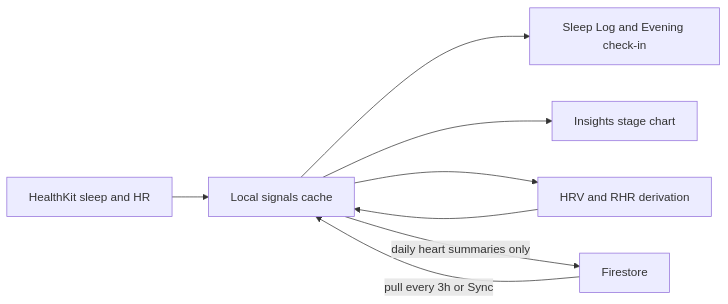
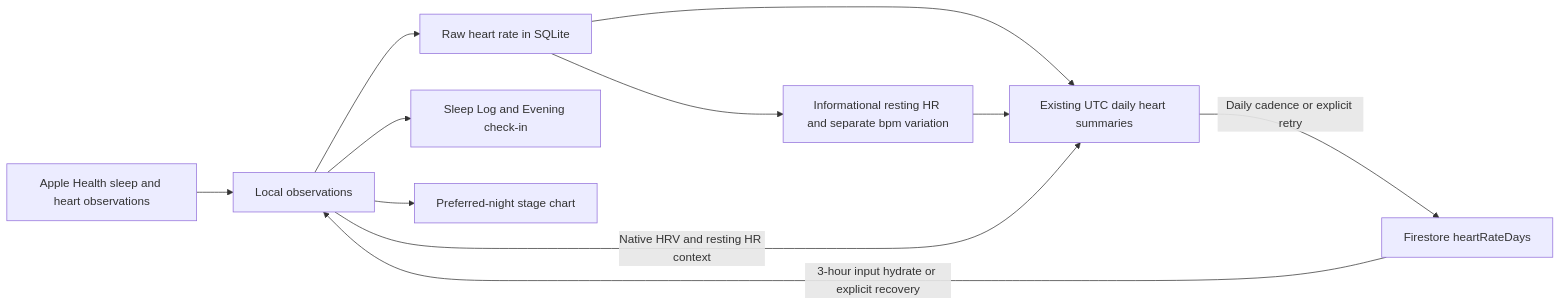
The diagram in app/heartrate_sleep_fixes.md (anonymousharry1123/fatigue-project), drawn with Mermaid before and after one commit. The commit also changed other lines of this file and 78 other files, not shown here.

First line of the commit message:
Add comprehensive tests for heart rate summary, incremental inputs, and raw heart rate store

````diff
--- a/app/heartrate_sleep_fixes.md
+++ b/app/heartrate_sleep_fixes.md
@@ -29,10 +16,13 @@
 ```mermaid
 flowchart LR
-  HK[HealthKit sleep and HR] --> Local[Local signals cache]
+  HK[Apple Health sleep and heart observations] --> Local[Local observations]
+  Local --> Raw[Raw heart rate in SQLite]
   Local --> SleepUI[Sleep Log and Evening check-in]
-  Local --> Insights[Insights stage chart]
-  Local --> Derive[HRV and RHR derivation]
-  Derive --> Local
-  Local -->|"daily heart summaries only"| Cloud[Firestore]
-  Cloud -->|"pull every 3h or Sync"| Local
+  Local --> Insights[Preferred-night stage chart]
+  Raw --> Derive[Informational resting HR and separate bpm variation]
+  Raw --> Summary[Existing UTC daily heart summaries]
+  Derive --> Summary
+  Local -->|Native HRV and resting HR context| Summary
+  Summary -->|Daily cadence or explicit retry| Cloud[Firestore heartRateDays]
+  Cloud -->|3-hour input hydrate or explicit recovery| Local
 ```
````
